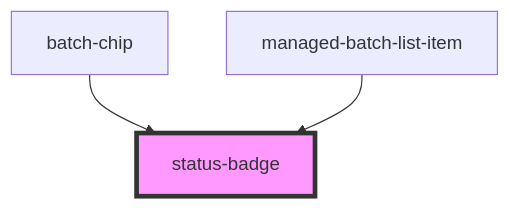
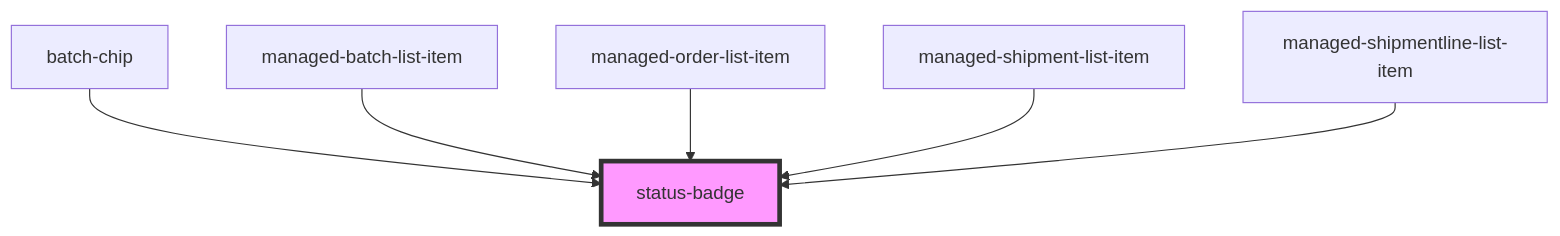
The diagram in pdm-web-components/src/components/status-badge/readme.md (PharmaLedger-IMI/fgt-workspace), drawn with Mermaid before and after one commit. The commit also changed other lines of this file and 15 other files, not shown here.

````diff
--- a/pdm-web-components/src/components/status-badge/readme.md
+++ b/pdm-web-components/src/components/status-badge/readme.md
@@ -23,6 +26,9 @@
 ```mermaid
 graph TD;
   batch-chip --> status-badge
   managed-batch-list-item --> status-badge
+  managed-order-list-item --> status-badge
+  managed-shipment-list-item --> status-badge
+  managed-shipmentline-list-item --> status-badge
   style status-badge fill:#f9f,stroke:#333,stroke-width:4px
 ```
````
